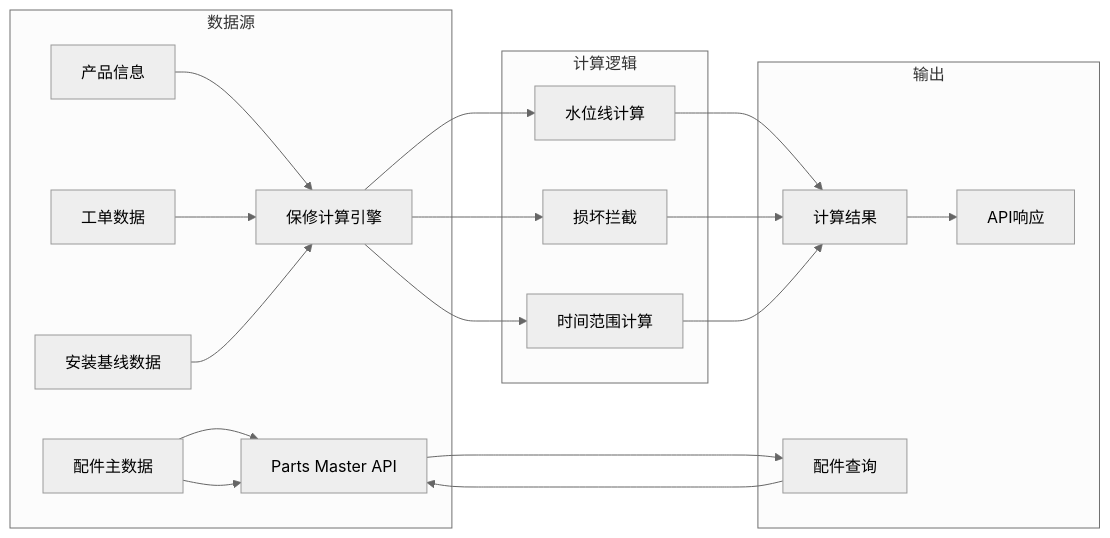
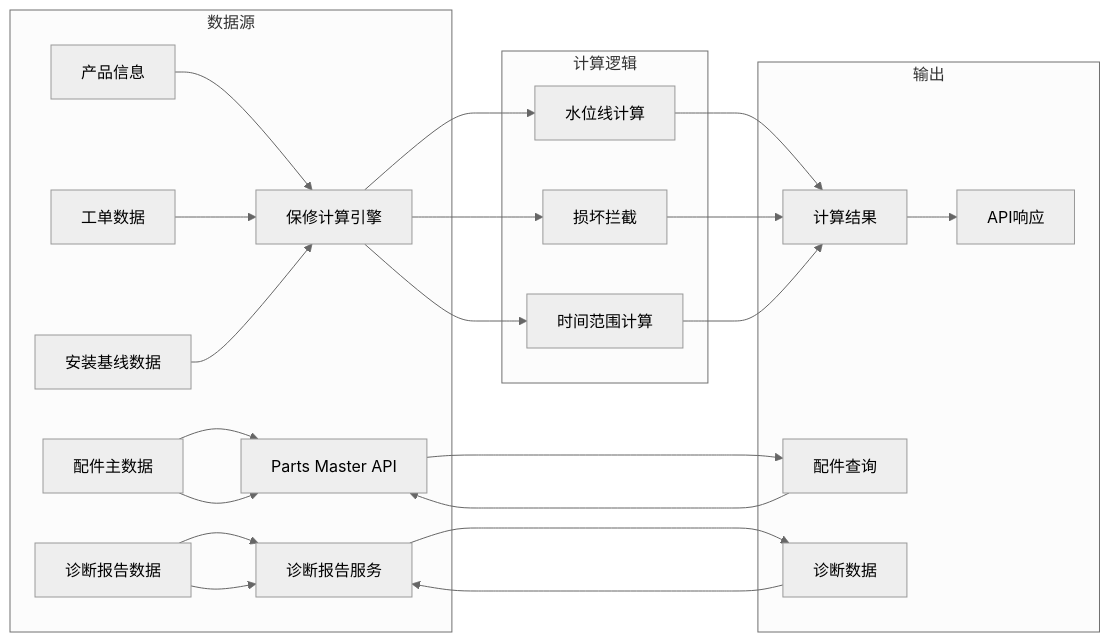
One commit to CubeEdge/Longhorn changed the tenth of 10 diagrams in .qoder/repowiki/zh/content/前端组件架构/服务工作流增强/MSReviewPanel 评审面板.md. Above: the diagram before and after it, drawn with Mermaid (neutral theme). The commit also changed other lines of this file and 29 other files, not shown here.

````diff
--- a/.qoder/repowiki/zh/content/前端组件架构/服务工作流增强/MSReviewPanel 评审面板.md
+++ b/.qoder/repowiki/zh/content/前端组件架构/服务工作流增强/MSReviewPanel 评审面板.md
@@ -353,23 +421,27 @@
 ```mermaid
 graph LR
 subgraph "数据源"
 A[产品信息] --> C[保修计算引擎]
 B[工单数据] --> C
 D[安装基线数据] --> C
 E[配件主数据] --> F[Parts Master API]
+G[诊断报告数据] --> H[诊断报告服务]
 end
 subgraph "计算逻辑"
-C --> G[水位线计算]
-C --> H[损坏拦截]
-C --> I[时间范围计算]
+C --> I[水位线计算]
+C --> J[损坏拦截]
+C --> K[时间范围计算]
 end
 subgraph "输出"
-J[计算结果] --> K[API响应]
+L[计算结果] --> M[API响应]
 E --> F
-F --> L[配件查询]
+G --> H
+F --> N[配件查询]
+H --> O[诊断数据]
 end
-G --> J
-H --> J
-I --> J
-L --> F
+I --> L
+J --> L
+K --> L
+N --> F
+O --> H
 ```
````
